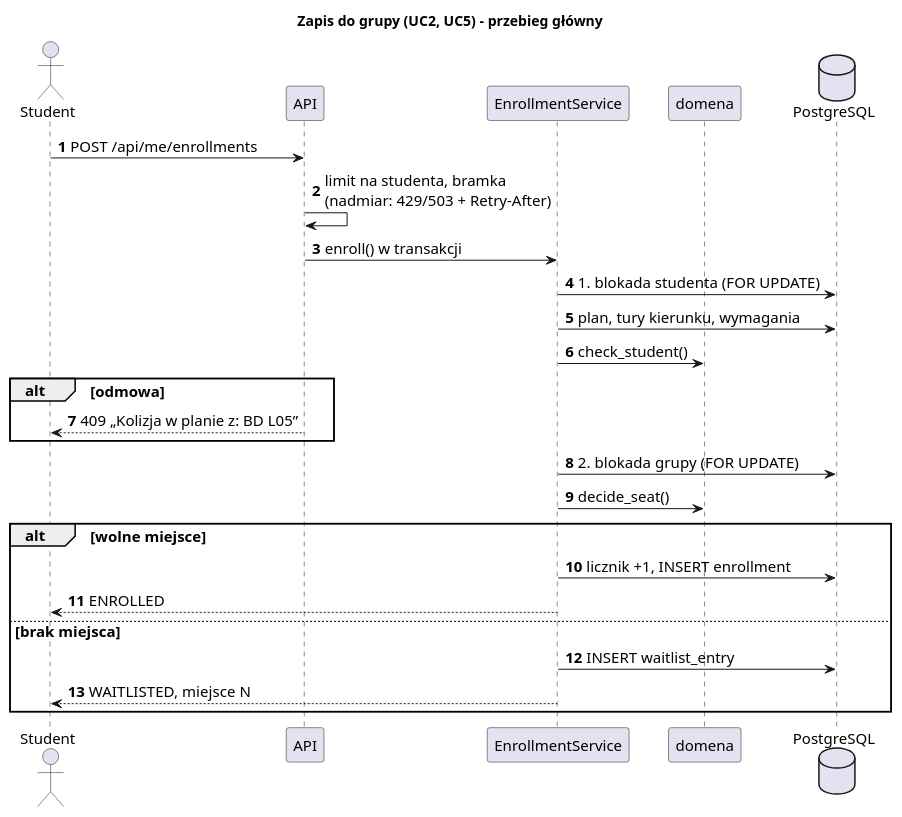
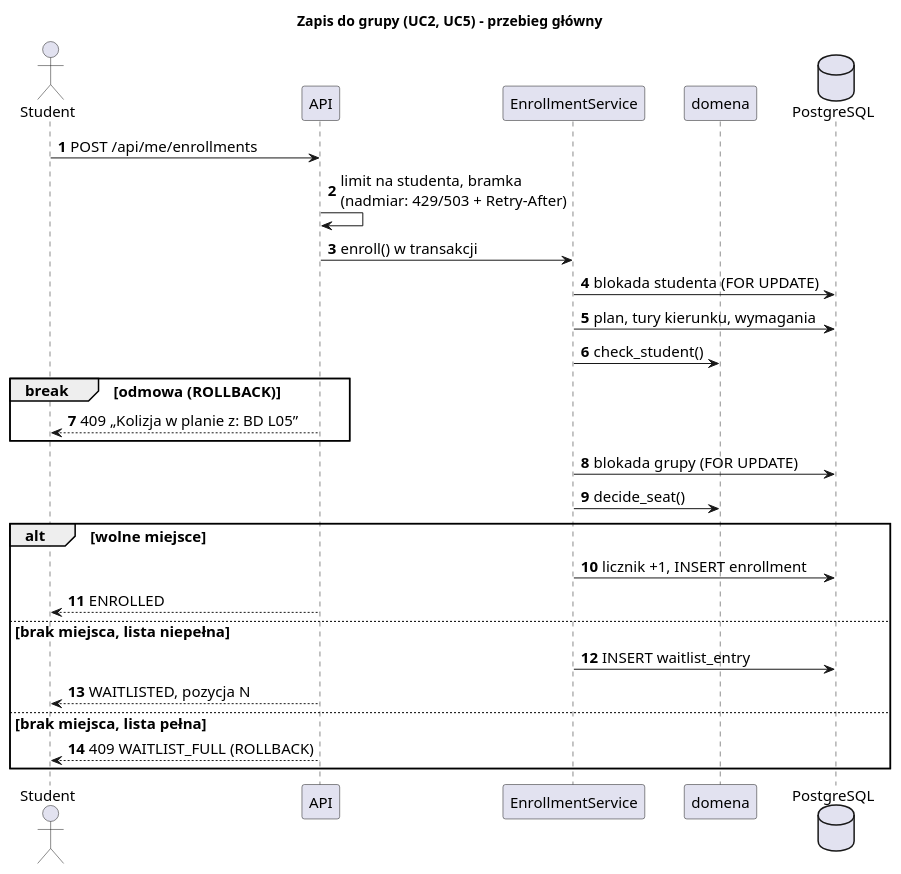
One commit to Husaria55/USOSv2 changed the diagram in etap3/diagramy/sekwencja_zapis_skrot.puml. Above: the diagram before and after it, drawn with PlantUML. The commit also changed 22 other files, not shown here.

```diff
--- a/etap3/diagramy/sekwencja_zapis_skrot.puml
+++ b/etap3/diagramy/sekwencja_zapis_skrot.puml
@@ -1,32 +1,34 @@
 @startuml sekwencja_zapis_skrot
 title Zapis do grupy (UC2, UC5) – przebieg główny
 skinparam shadowing false
 skinparam defaultFontSize 15
 skinparam sequenceMessageAlign left
 autonumber
 
 actor Student
 participant "API" as api
 participant "EnrollmentService" as svc
 participant "domena" as dom
 database "PostgreSQL" as db
 
 Student -> api : POST /api/me/enrollments
 api -> api : limit na studenta, bramka\n(nadmiar: 429/503 + Retry-After)
 api -> svc : enroll() w transakcji
-svc -> db : 1. blokada studenta (FOR UPDATE)
+svc -> db : blokada studenta (FOR UPDATE)
 svc -> db : plan, tury kierunku, wymagania
 svc -> dom : check_student()
-alt odmowa
+break odmowa (ROLLBACK)
   api --> Student : 409 „Kolizja w planie z: BD L05”
 end
-svc -> db : 2. blokada grupy (FOR UPDATE)
+svc -> db : blokada grupy (FOR UPDATE)
 svc -> dom : decide_seat()
 alt wolne miejsce
   svc -> db : licznik +1, INSERT enrollment
-  svc --> Student : ENROLLED
-else brak miejsca
+  api --> Student : ENROLLED
+else brak miejsca, lista niepełna
   svc -> db : INSERT waitlist_entry
-  svc --> Student : WAITLISTED, miejsce N
+  api --> Student : WAITLISTED, pozycja N
+else brak miejsca, lista pełna
+  api --> Student : 409 WAITLIST_FULL (ROLLBACK)
 end
 @enduml
```
